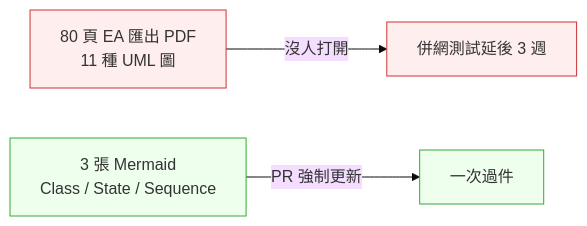
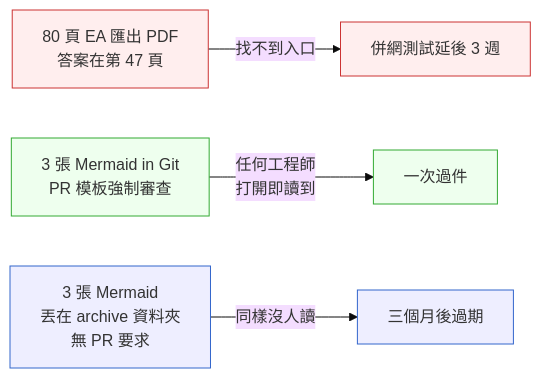
Before and after one commit to EddyKuo/sa-sd-playbook: the first of 3 diagrams in book/part-01-foundations/ch-05-uml-overview.md, drawn with Mermaid (base theme). The commit also changed other lines of this file and 47 other files, not shown here.

````diff
--- a/book/part-01-foundations/ch-05-uml-overview.md
+++ b/book/part-01-foundations/ch-05-uml-overview.md
@@ -43,10 +47,13 @@
 ```mermaid
 flowchart LR
-    A[80 頁 EA 匯出 PDF<br/>11 種 UML 圖] -->|沒人打開| X[併網測試延後 3 週]
-    B[3 張 Mermaid<br/>Class / State / Sequence] -->|PR 強制更新| Y[一次過件]
+    A[80 頁 EA 匯出 PDF<br/>答案在第 47 頁] -->|找不到入口| X[併網測試延後 3 週]
+    B[3 張 Mermaid in Git<br/>PR 模板強制審查] -->|任何工程師<br/>打開即讀到| Y[一次過件]
+    C[3 張 Mermaid<br/>丟在 archive 資料夾<br/>無 PR 要求] -->|同樣沒人讀| Z[三個月後過期]
 
     classDef hot fill:#fee,stroke:#c33
     classDef goal fill:#efe,stroke:#3a3
+    classDef cold fill:#eef,stroke:#36c
     class A,X hot
     class B,Y goal
+    class C,Z cold
 ```
````
